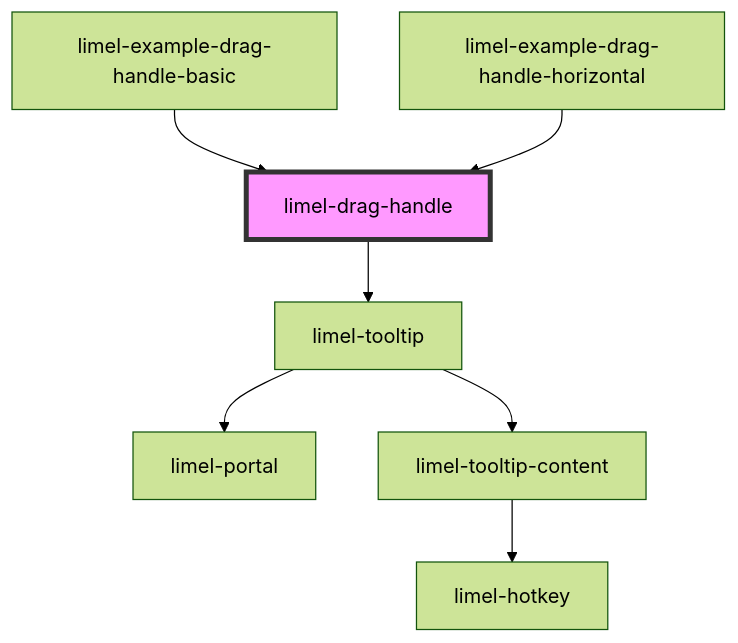
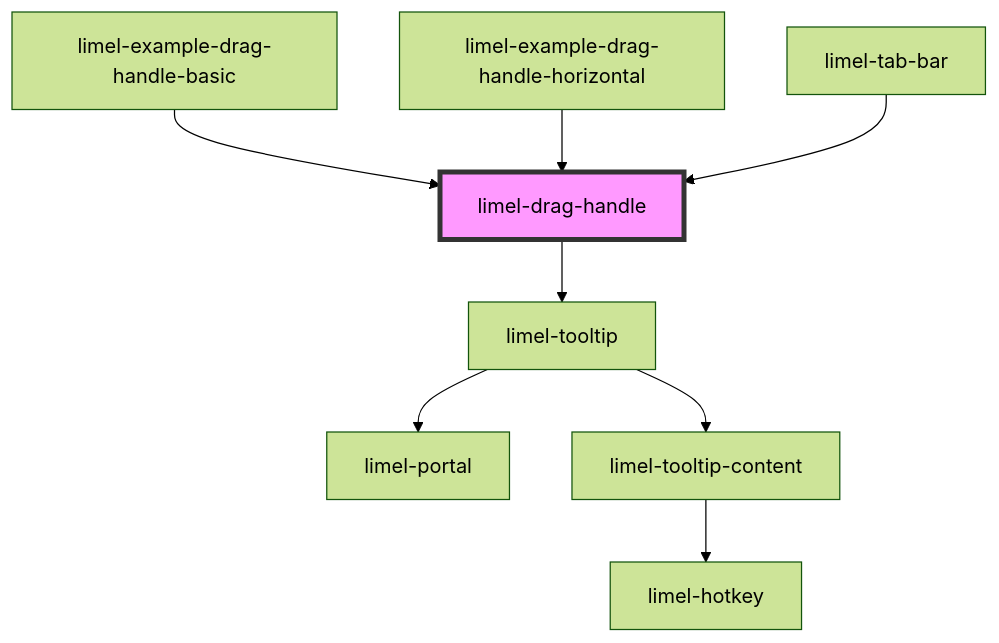
Before and after one commit to Lundalogik/lime-elements: the diagram in versions/PR-4420/markdown-docs/components/drag-handle/readme.md, drawn with Mermaid (forest theme). The commit also changed other lines of this file and 602 other files, not shown here.

````diff
--- a/versions/PR-4420/markdown-docs/components/drag-handle/readme.md
+++ b/versions/PR-4420/markdown-docs/components/drag-handle/readme.md
@@ -46,10 +47,11 @@
 ```mermaid
 graph TD;
   limel-drag-handle --> limel-tooltip
   limel-tooltip --> limel-portal
   limel-tooltip --> limel-tooltip-content
   limel-tooltip-content --> limel-hotkey
   limel-example-drag-handle-basic --> limel-drag-handle
   limel-example-drag-handle-horizontal --> limel-drag-handle
+  limel-tab-bar --> limel-drag-handle
   style limel-drag-handle fill:#f9f,stroke:#333,stroke-width:4px
 ```
````
